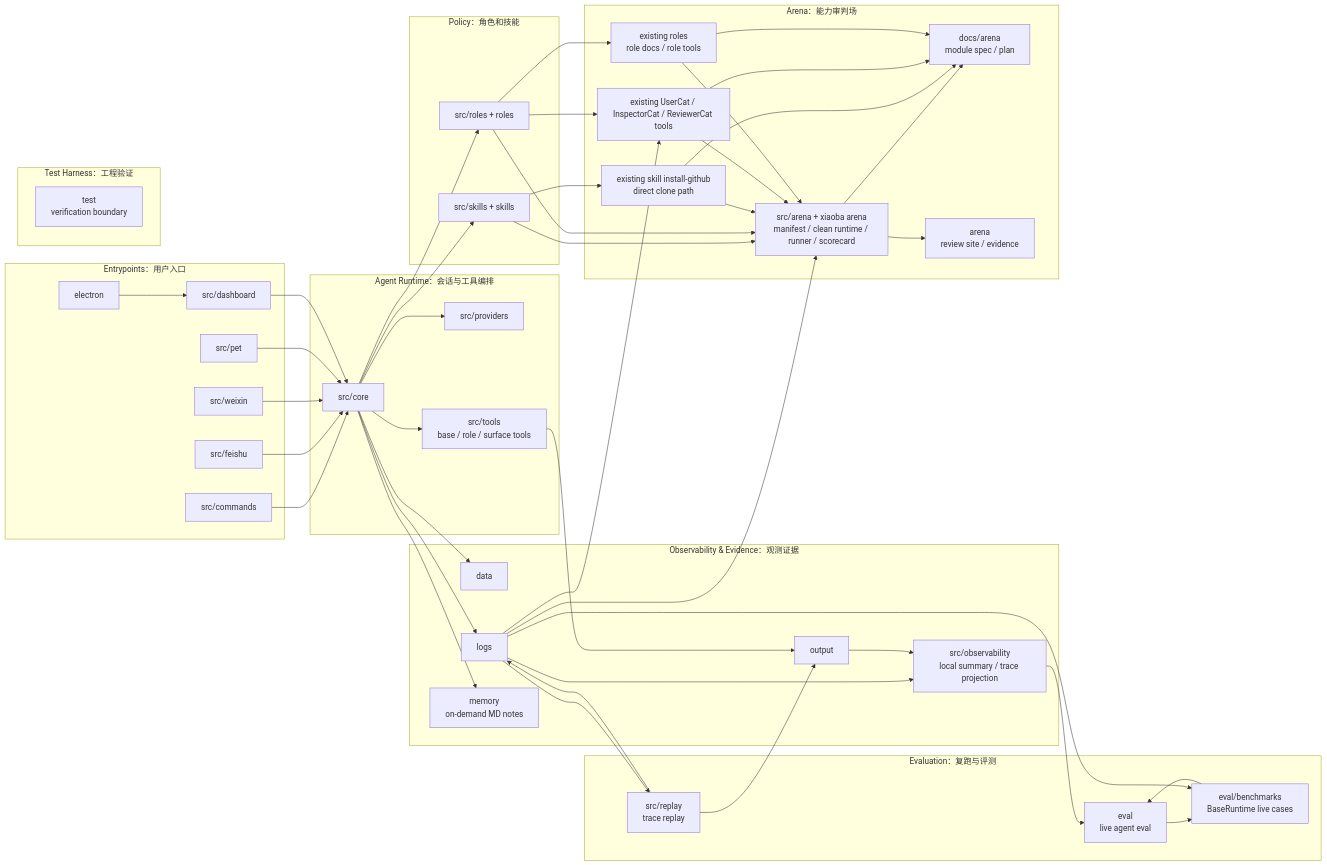
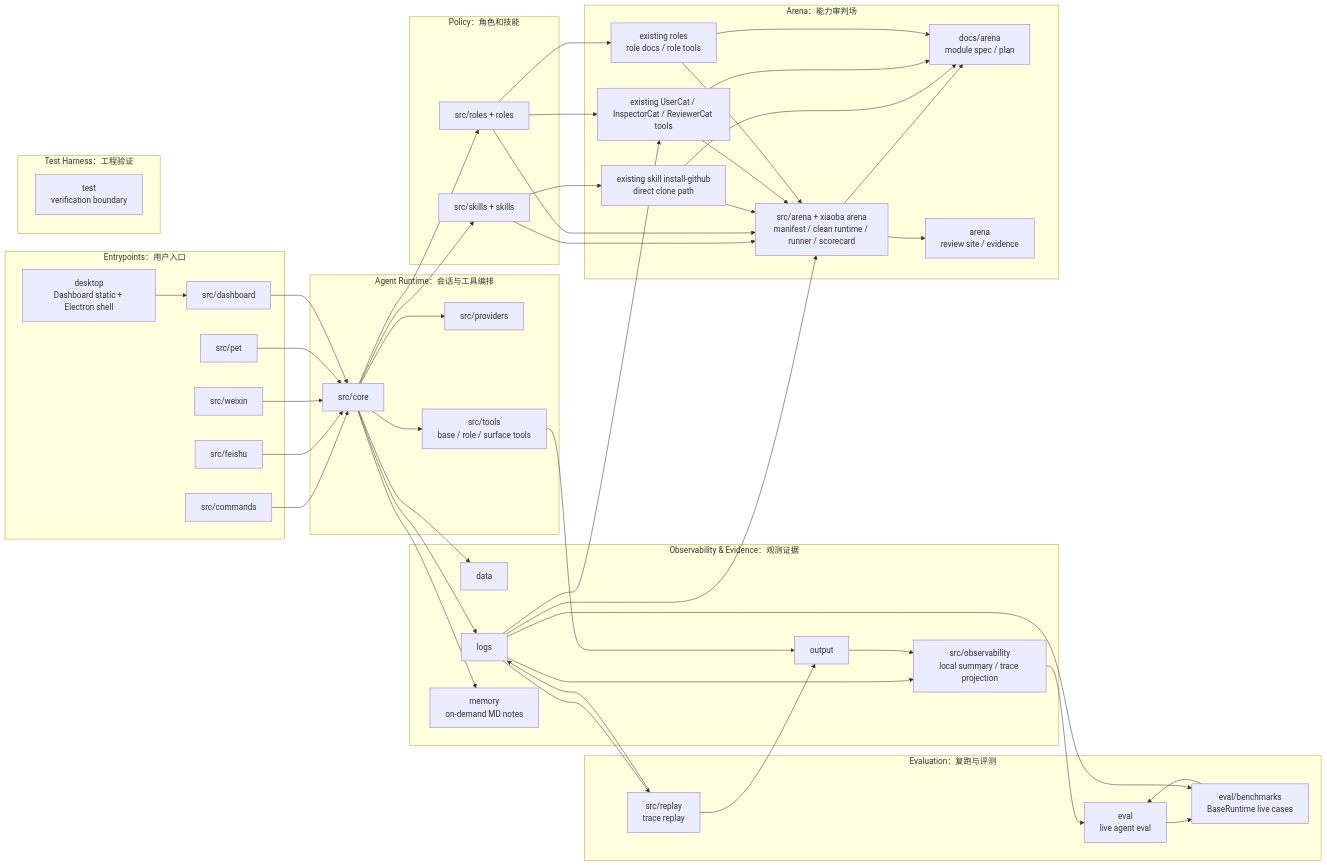
One commit to fightheyyy/XiaoBa-CLI changed the first of 3 diagrams in docs/SPEC.md. Above: the diagram before and after it, drawn with Mermaid. The commit also changed other lines of this file and 59 other files, not shown here.

```diff
--- a/docs/SPEC.md
+++ b/docs/SPEC.md
@@ -67,7 +67,7 @@
         Weixin["src/weixin"]
         Pet["src/pet"]
         Dashboard["src/dashboard"]
-        Electron["electron"]
+        Desktop["desktop<br/>Dashboard static + Electron shell"]
     end
 
     subgraph Harness["Agent Runtime：会话与工具编排"]
@@ -113,7 +113,7 @@
     Weixin --> Core
     Pet --> Core
     Dashboard --> Core
-    Electron --> Dashboard
+    Desktop --> Dashboard
 
     Core --> Providers
     Core --> Tools
```
